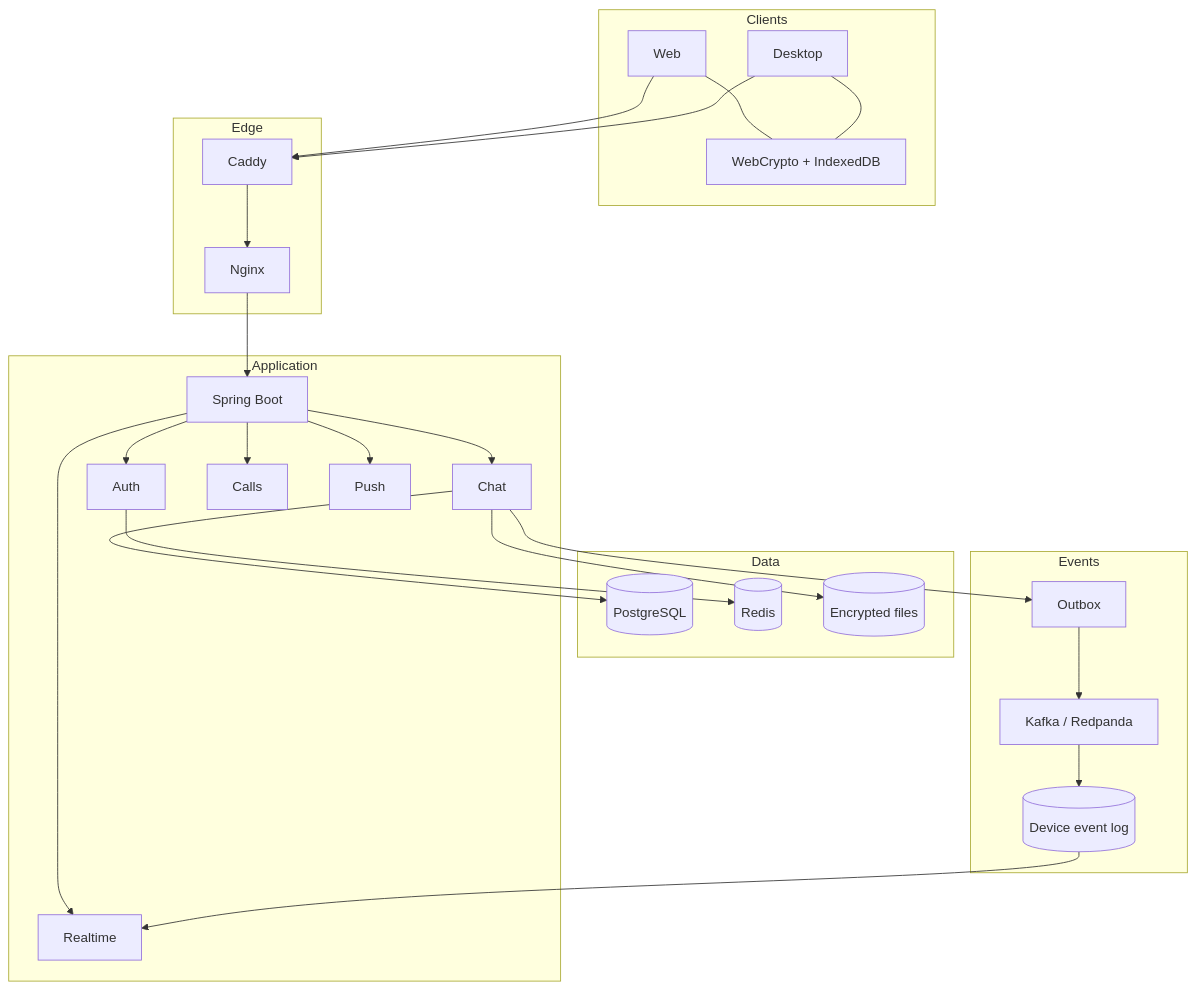
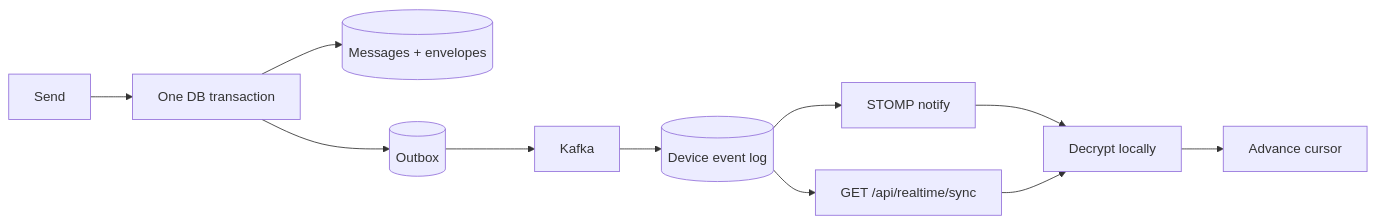
One commit to vaazhen/chaos-e2ee-messenger changed the second of 3 diagrams in README.md. Above: the diagram before and after it, drawn with Mermaid. The commit also changed other lines of this file and 2 other files, not shown here.

````diff
--- a/README.md
+++ b/README.md
@@ -120,53 +104,13 @@
 ```mermaid
-flowchart TB
-    subgraph Clients
-        WEB[Web]
-        DESKTOP[Desktop]
-        CRYPTO[WebCrypto + IndexedDB]
-        WEB --- CRYPTO
-        DESKTOP --- CRYPTO
-    end
-
-    subgraph Edge
-        CADDY[Caddy]
-        NGINX[Nginx]
-    end
-
-    subgraph Application
-        API[Spring Boot]
-        AUTH[Auth]
-        CHAT[Chat]
-        RT[Realtime]
-        CALLS[Calls]
-        PUSH[Push]
-    end
-
-    subgraph Data
-        PG[(PostgreSQL)]
-        REDIS[(Redis)]
-        BLOB[(Encrypted files)]
-    end
-
-    subgraph Events
-        OUTBOX[Outbox]
-        KAFKA[Kafka / Redpanda]
-        DURABLE[(Device event log)]
-    end
-
-    WEB --> CADDY
-    DESKTOP --> CADDY
-    CADDY --> NGINX
-    NGINX --> API
-    API --> AUTH
-    API --> CHAT
-    API --> RT
-    API --> CALLS
-    API --> PUSH
-    AUTH --> REDIS
-    CHAT --> PG
-    CHAT --> BLOB
-    CHAT --> OUTBOX
-    OUTBOX --> KAFKA
-    KAFKA --> DURABLE
-    DURABLE --> RT
+flowchart LR
+    SEND[Send] --> TX[One DB transaction]
+    TX --> MSG[(Messages + envelopes)]
+    TX --> OUT[(Outbox)]
+    OUT --> K[Kafka]
+    K --> LOG[(Device event log)]
+    LOG --> WS[STOMP notify]
+    LOG --> SYNC["GET /api/realtime/sync"]
+    WS --> APPLY[Decrypt locally]
+    SYNC --> APPLY
+    APPLY --> CURSOR[Advance cursor]
 ```
````
